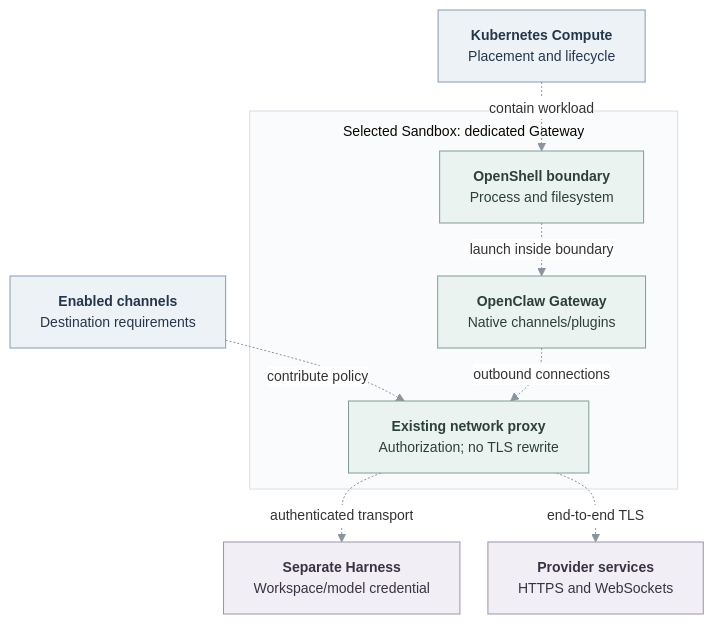
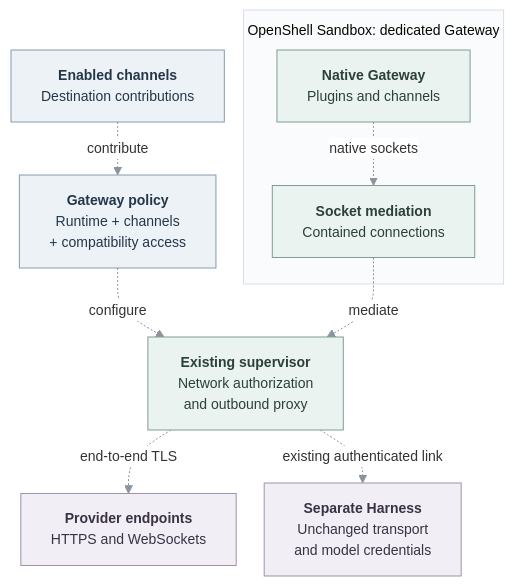
The diagram in specs/rfcs/0024-dedicated-gateway-containment.md (raw-labs/openclaw-enterprise), drawn with Mermaid before and after one commit. The commit also changed other lines of this file and 4 other files, not shown here.

Commit message:
docs: focus Gateway experiment on policy-controlled outbound connectivity

````diff
--- a/specs/rfcs/0024-dedicated-gateway-containment.md
+++ b/specs/rfcs/0024-dedicated-gateway-containment.md
@@ -100,40 +74,40 @@
 ```mermaid
 ---
 config:
   theme: base
   htmlLabels: true
   themeVariables:
     fontSize: 14px
     lineColor: "#8B949E"
     edgeLabelBackground: "#FFFFFF"
   flowchart:
     nodeSpacing: 28
     rankSpacing: 32
     subGraphTitleMargin:
       top: 10
       bottom: 14
 ---
 flowchart TB
-  Compute["<b>Kubernetes Compute</b><br/>Placement and lifecycle"]
-  Channels["<b>Enabled channels</b><br/>Destination requirements"]
-  subgraph Boundary["Selected Sandbox: dedicated Gateway"]
-    Supervisor["<b>OpenShell boundary</b><br/>Process and filesystem"]
-    Gateway["<b>OpenClaw Gateway</b><br/>Native channels/plugins"]
-    Proxy["<b>Existing network proxy</b><br/>Authorization; no TLS rewrite"]
+  Channels["<b>Enabled channels</b><br/>Destination contributions"]
+  Policy["<b>Gateway policy</b><br/>Runtime + channels<br/>+ compatibility access"]
+  subgraph Boundary["OpenShell Sandbox: dedicated Gateway"]
+    Gateway["<b>Native Gateway</b><br/>Plugins and channels"]
+    Broker["<b>Socket mediation</b><br/>Contained connections"]
   end
-  Harness["<b>Separate Harness</b><br/>Workspace/model credential"]
-  Internet["<b>Provider services</b><br/>HTTPS and WebSockets"]
-  Compute -.->|contain workload| Supervisor
-  Channels -.->|contribute policy| Proxy
-  Supervisor -.->|launch inside boundary| Gateway
-  Gateway -.->|outbound connections| Proxy
-  Proxy -.->|authenticated transport| Harness
-  Proxy -.->|end-to-end TLS| Internet
-  classDef owner fill:#EDF2F7,stroke:#879AB0,color:#25364A,stroke-width:1px
+  Enforcement["<b>Existing supervisor</b><br/>Network authorization<br/>and outbound proxy"]
+  External["<b>Provider endpoints</b><br/>HTTPS and WebSockets"]
+  Harness["<b>Separate Harness</b><br/>Unchanged transport<br/>and model credentials"]
+  Channels -.->|contribute| Policy
+  Policy -.->|configure| Enforcement
+  Gateway -.->|native sockets| Broker
+  Broker -.->|mediate| Enforcement
+  Enforcement -.->|end-to-end TLS| External
+  Enforcement -.->|existing authenticated link| Harness
+  classDef policy fill:#EDF2F7,stroke:#879AB0,color:#25364A,stroke-width:1px
   classDef runtime fill:#EBF3F0,stroke:#7F9D93,color:#2B4038,stroke-width:1px
   classDef external fill:#F1EEF5,stroke:#A091AD,color:#3A3243,stroke-width:1px
-  class Compute,Channels owner
-  class Supervisor,Gateway,Proxy runtime
-  class Harness,Internet external
+  class Channels,Policy policy
+  class Gateway,Broker,Enforcement runtime
+  class External,Harness external
   style Boundary fill:#FAFBFC,stroke:#D8DEE6,stroke-width:1px
 ```
````
